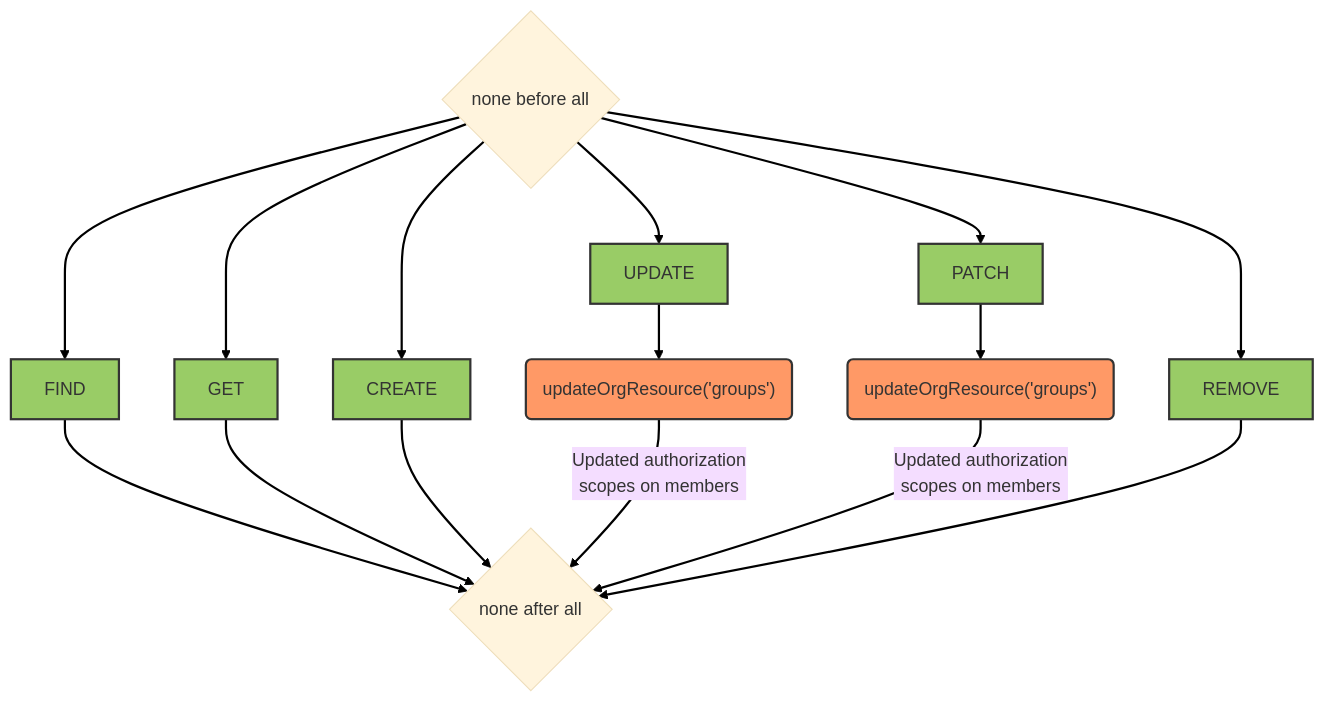
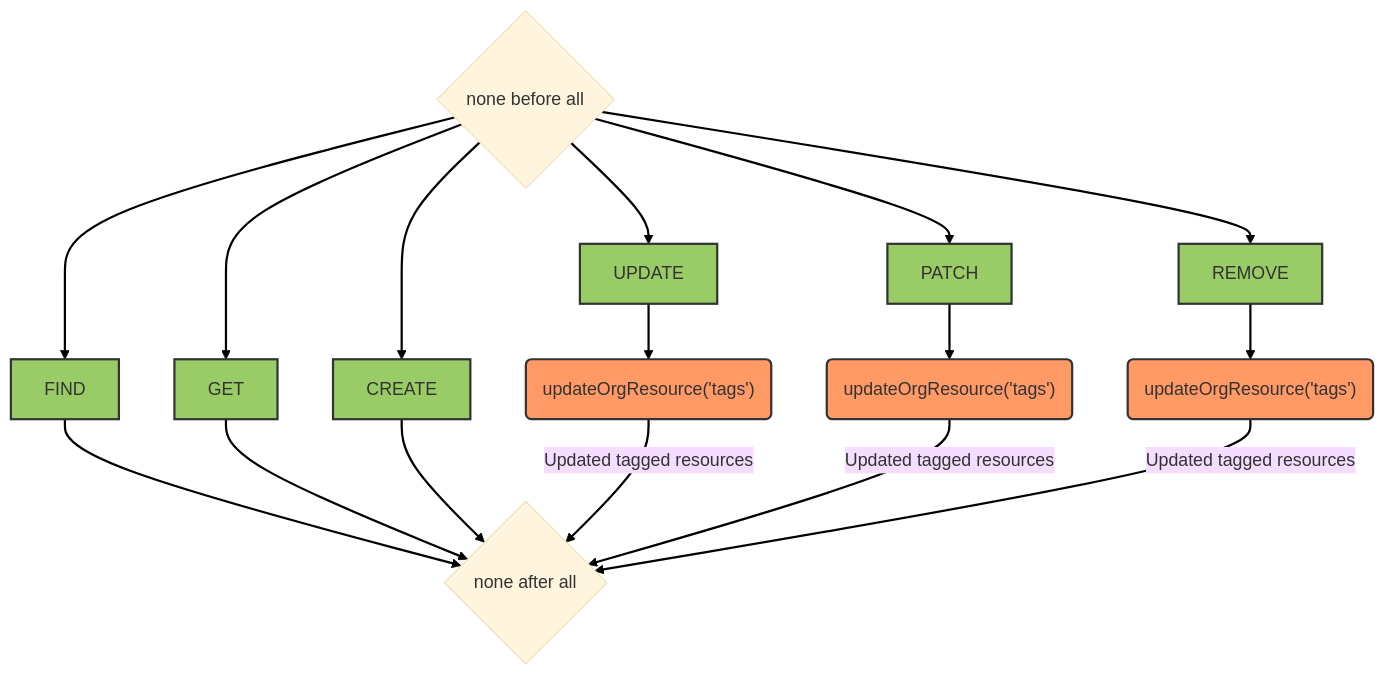
Before and after one commit to kalisio/kdk: diagram 11 of 11 in docs/api/core/services.md, drawn with Mermaid (base theme). The commit also changed other lines of this file and 8 other files, not shown here.

````diff
--- a/docs/api/core/services.md
+++ b/docs/api/core/services.md
@@ -595,24 +510,25 @@
 ```mermaid
 graph TB
   before{none before all}
   after{none after all}
   before --> FIND[FIND]
   FIND --> after
   before --> GET[GET]
   GET --> after
   before --> CREATE[CREATE]
   CREATE --> after
   before --> UPDATE[UPDATE]
-  UPDATE --> hook1("updateOrgResource('groups')")
-  hook1 -- Updated authorization<br/>scopes on members --> after
+  UPDATE --> hook5("updateOrgResource('tags')")
+  hook5 -- Updated tagged resources --> after
   before --> PATCH[PATCH]
-  PATCH --> hook2("updateOrgResource('groups')")
-  hook2 -- Updated authorization<br/>scopes on members --> after
+  PATCH --> hook6("updateOrgResource('tags')")
+  hook6 -- Updated tagged resources --> after
   before --> REMOVE[REMOVE]
-  REMOVE --> after
+  REMOVE --> hook9("updateOrgResource('tags')")
+  hook9 -- Updated tagged resources --> after
   linkStyle default stroke-width:2px,fill:none,stroke:black
   classDef hookClass fill:#f96,stroke:#333,stroke-width:2px
   class hook1,hook2,hook3,hook4,hook5,hook6,hook7,hook8,hook9 hookClass
   classDef operationClass fill:#9c6,stroke:#333,stroke-width:2px
   class FIND,GET,CREATE,UPDATE,PATCH,REMOVE operationClass
 ```
````
